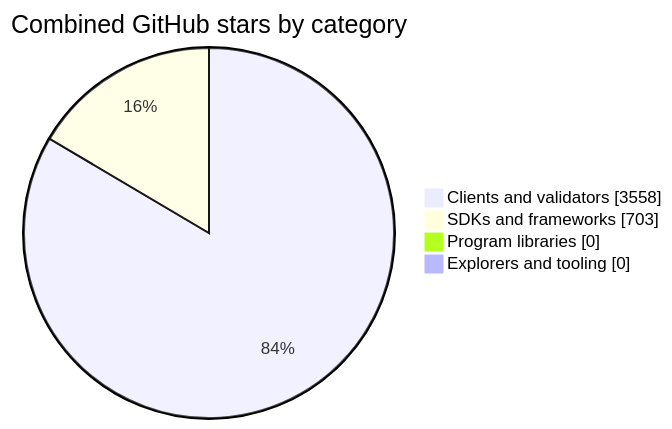
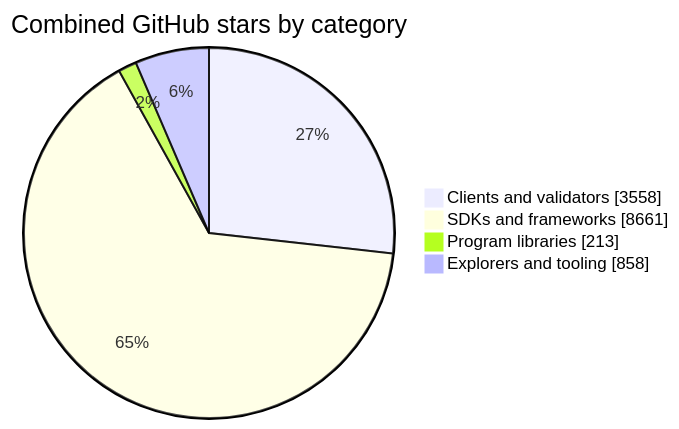
One commit to EdisonTKPcom/Awesome-Craft-Solana changed the diagram in README.md. Above: the diagram before and after it, drawn with Mermaid. The commit also changed other lines of this file, not shown here.

````diff
--- a/README.md
+++ b/README.md
@@ -56,8 +62,8 @@
 ```mermaid
 pie showData
     title Combined GitHub stars by category
     "Clients and validators" : 3558
-    "SDKs and frameworks" : 703
-    "Program libraries" : 0
-    "Explorers and tooling" : 0
+    "SDKs and frameworks" : 8661
+    "Program libraries" : 213
+    "Explorers and tooling" : 858
 ```
````
